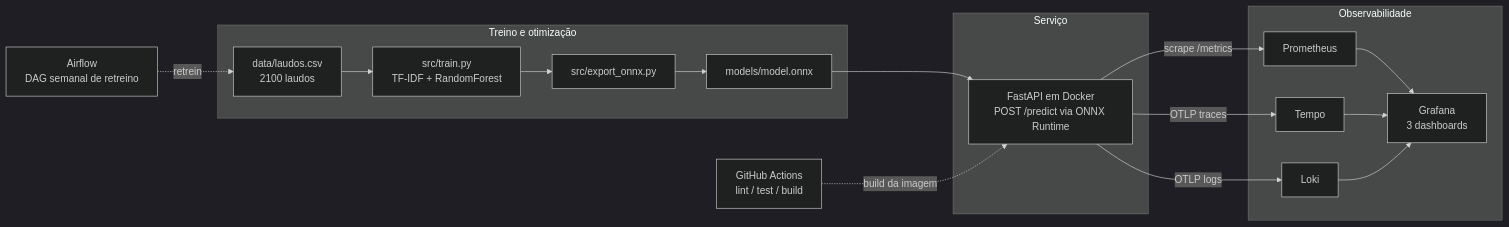
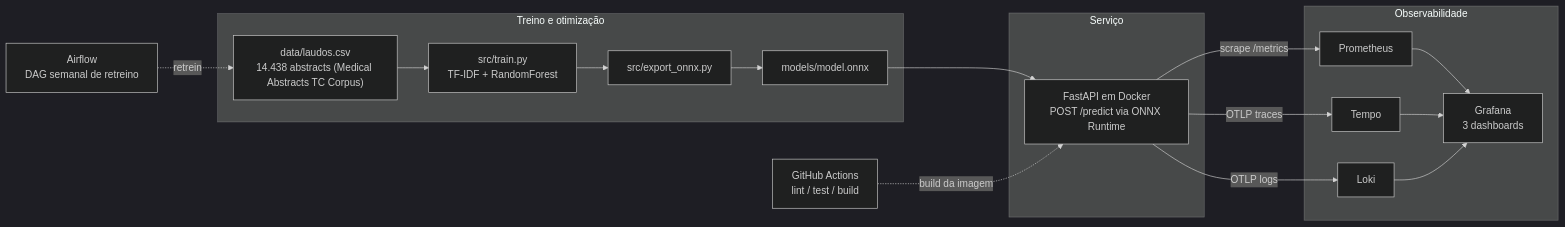
The diagram in README.md (JosueJNLui/fiap-mlet-challenge-fase-3), drawn with Mermaid (dark theme) before and after one commit. The commit also changed other lines of this file and 2 other files, not shown here.

First line of the commit message:
docs: update README and benchmark for Medical Abstracts dataset

````diff
--- a/README.md
+++ b/README.md
@@ -7,30 +7,30 @@
 ```mermaid
 flowchart LR
     subgraph treino["Treino e otimização"]
-        CSV["data/laudos.csv<br/>2100 laudos"]
+        CSV["data/laudos.csv<br/>14.438 abstracts (Medical Abstracts TC Corpus)"]
         TRAIN["src/train.py<br/>TF-IDF + RandomForest"]
         EXPORT["src/export_onnx.py"]
         ONNX["models/model.onnx"]
     end
     subgraph servico["Serviço"]
         API["FastAPI em Docker<br/>POST /predict via ONNX Runtime"]
     end
     subgraph obs["Observabilidade"]
         PROM["Prometheus"]
         TEMPO["Tempo"]
         LOKI["Loki"]
         GRAF["Grafana<br/>3 dashboards"]
     end
     DAG["Airflow<br/>DAG semanal de retreino"]
     CI["GitHub Actions<br/>lint / test / build"]
 
     CSV --> TRAIN --> EXPORT --> ONNX --> API
     API -->|scrape /metrics| PROM
     API -->|OTLP traces| TEMPO
     API -->|OTLP logs| LOKI
     PROM --> GRAF
     TEMPO --> GRAF
     LOKI --> GRAF
     DAG -.retreino.-> CSV
     CI -.build da imagem.-> API
 ```
````
